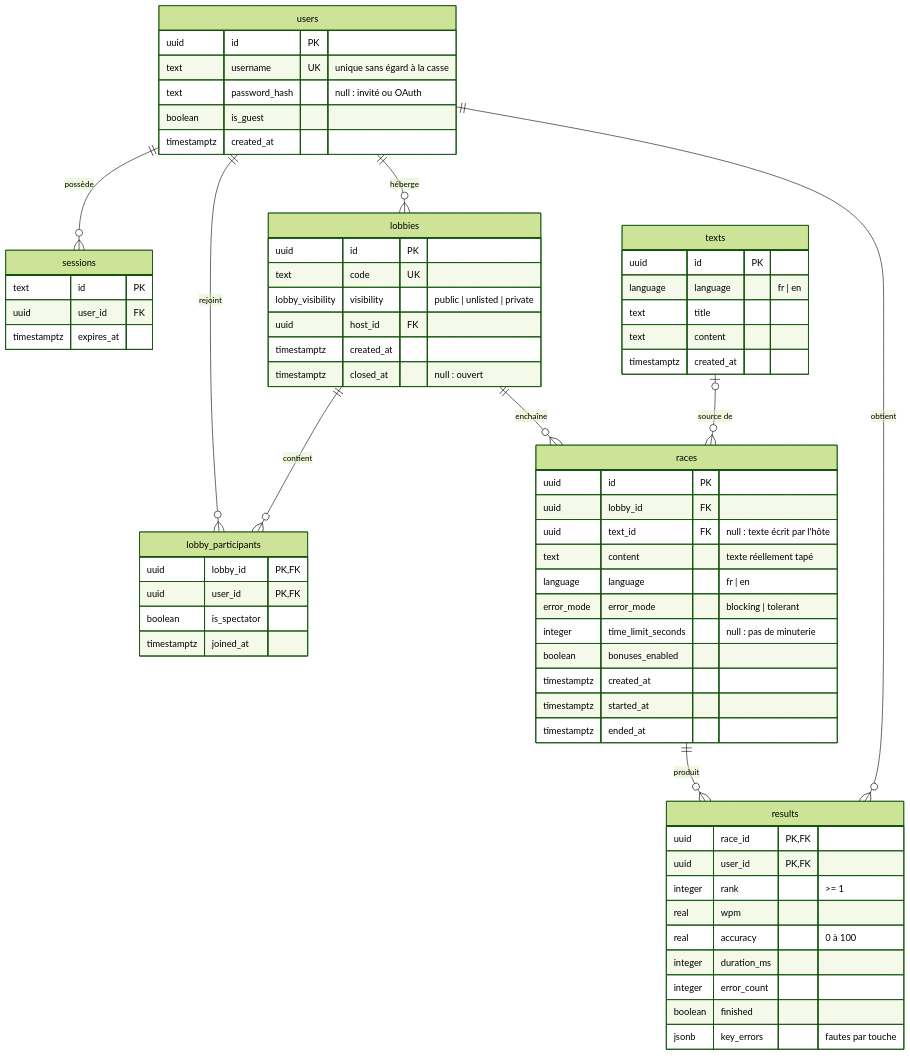
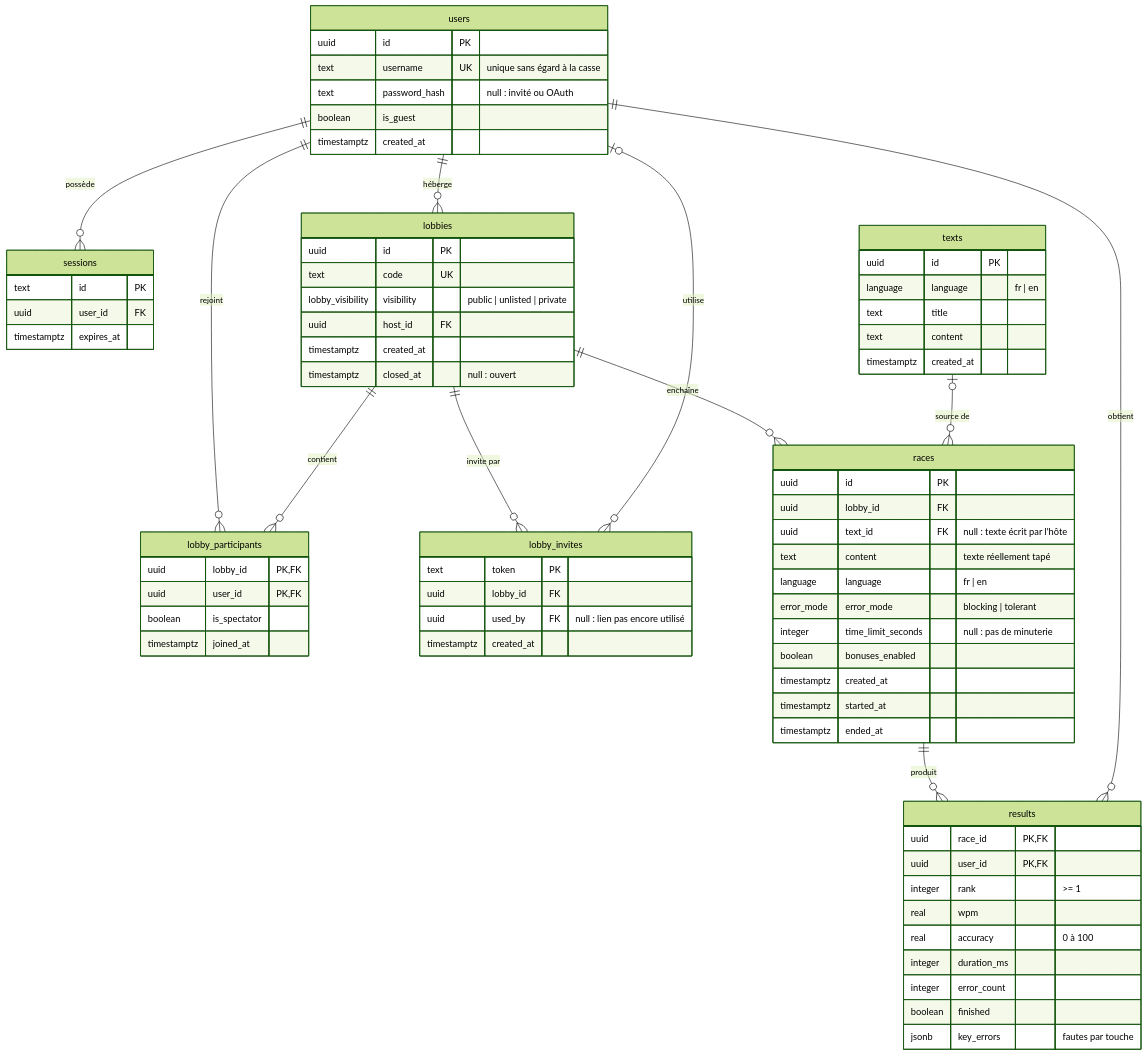
Before and after one commit to Madlodon/taype-in: the diagram in docs/modele-de-donnees.md, drawn with Mermaid (forest theme). The commit also changed other lines of this file and 4 other files, not shown here.

Commit message:
Add lobby invites table

```diff
--- a/docs/modele-de-donnees.md
+++ b/docs/modele-de-donnees.md
@@ -8,6 +8,8 @@
     users ||--o{ lobbies : "héberge"
     users ||--o{ lobby_participants : "rejoint"
     lobbies ||--o{ lobby_participants : "contient"
+    lobbies ||--o{ lobby_invites : "invite par"
+    users |o--o{ lobby_invites : "utilise"
     lobbies ||--o{ races : "enchaîne"
     texts |o--o{ races : "source de"
     races ||--o{ results : "produit"
@@ -51,6 +53,13 @@
         timestamptz joined_at
     }
 
+    lobby_invites {
+        text token PK
+        uuid lobby_id FK
+        uuid used_by FK "null : lien pas encore utilisé"
+        timestamptz created_at
+    }
+
     races {
         uuid id PK
         uuid lobby_id FK
```
